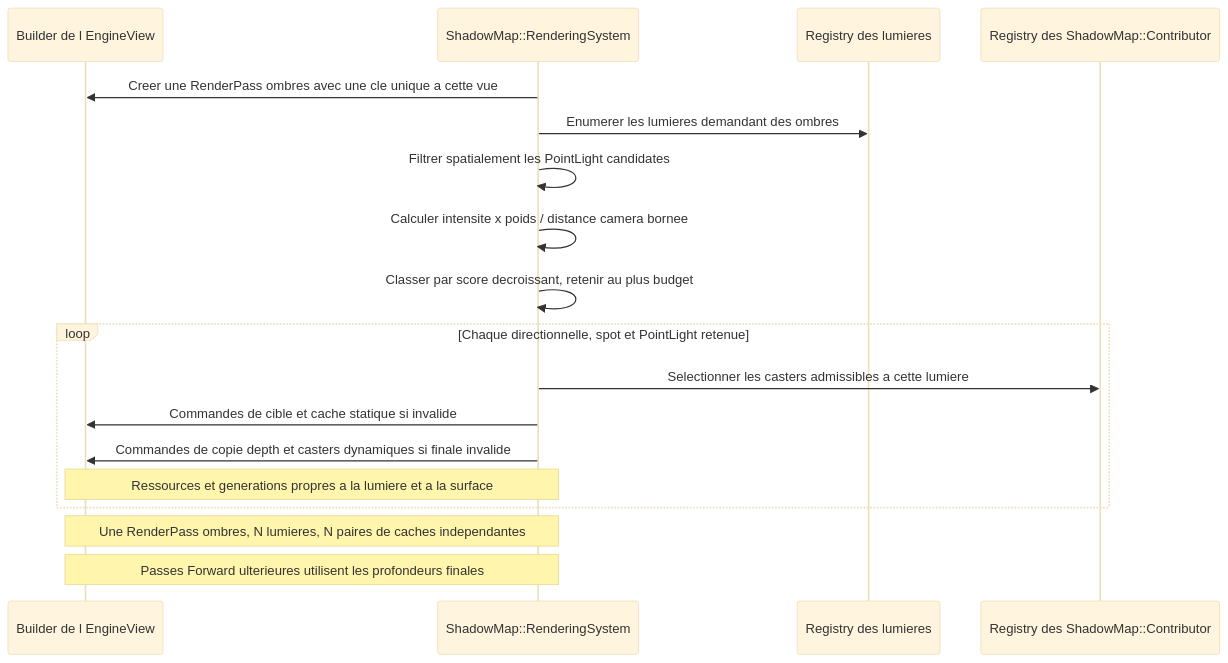
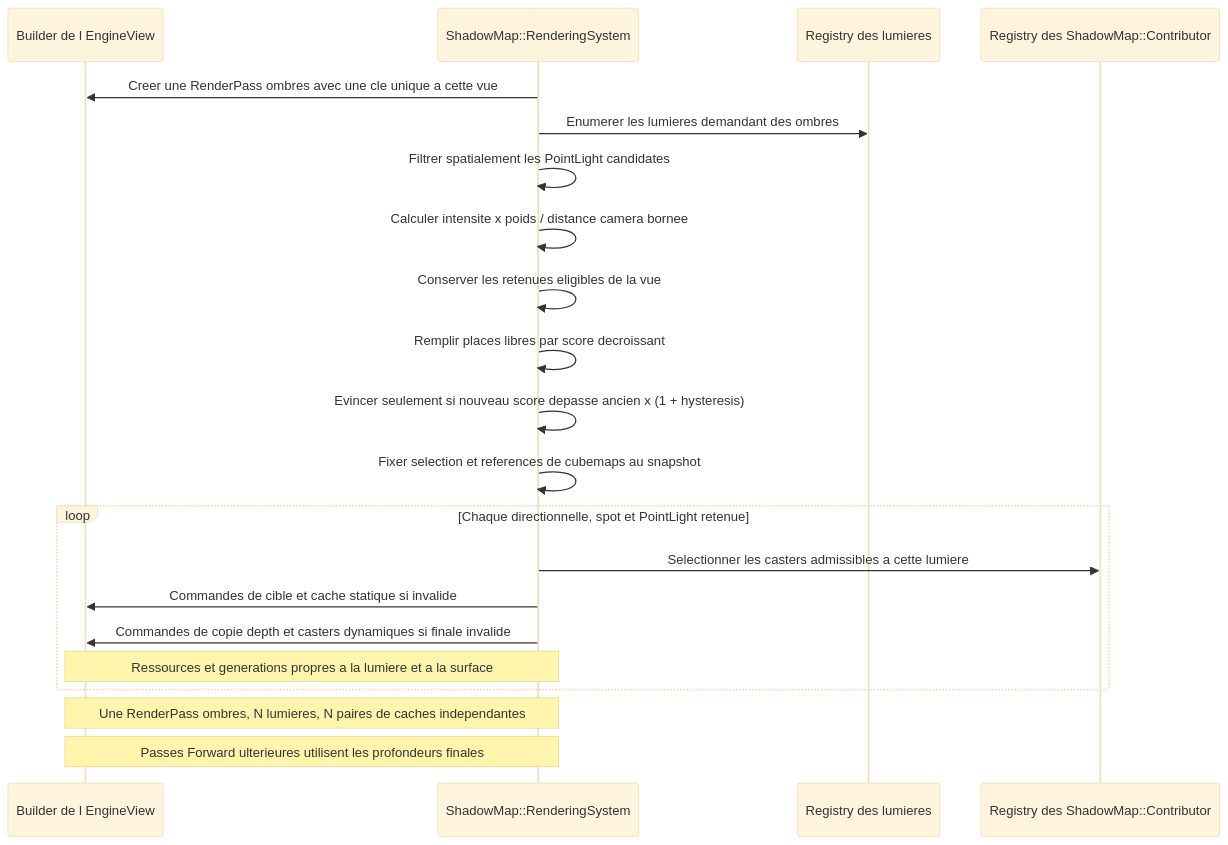
The sixth of 18 diagrams in docs/voxel-engine-v0.1.4-specification.md (EreliaStudio/Sparkle), drawn with Mermaid (base theme) before and after one commit. The commit also changed other lines of this file, not shown here.

Commit message:
docs(v0.1.4): add configurable proportional hysteresis to point-light shadow budget selection

````diff
--- a/docs/voxel-engine-v0.1.4-specification.md
+++ b/docs/voxel-engine-v0.1.4-specification.md
@@ -601,20 +601,23 @@
 ```mermaid
 sequenceDiagram
     participant V as Builder de l EngineView
     participant S as ShadowMap::RenderingSystem
     participant L as Registry des lumieres
     participant C as Registry des ShadowMap::Contributor
     S->>V: Creer une RenderPass ombres avec une cle unique a cette vue
     S->>L: Enumerer les lumieres demandant des ombres
     S->>S: Filtrer spatialement les PointLight candidates
     S->>S: Calculer intensite x poids / distance camera bornee
-    S->>S: Classer par score decroissant, retenir au plus budget
+    S->>S: Conserver les retenues eligibles de la vue
+    S->>S: Remplir places libres par score decroissant
+    S->>S: Evincer seulement si nouveau score depasse ancien x (1 + hysteresis)
+    S->>S: Fixer selection et references de cubemaps au snapshot
     loop Chaque directionnelle, spot et PointLight retenue
         S->>C: Selectionner les casters admissibles a cette lumiere
         S->>V: Commandes de cible et cache statique si invalide
         S->>V: Commandes de copie depth et casters dynamiques si finale invalide
         Note over S,V: Ressources et generations propres a la lumiere et a la surface
     end
     Note over V,S: Une RenderPass ombres, N lumieres, N paires de caches independantes
     Note over V,S: Passes Forward ulterieures utilisent les profondeurs finales
 ```
````
